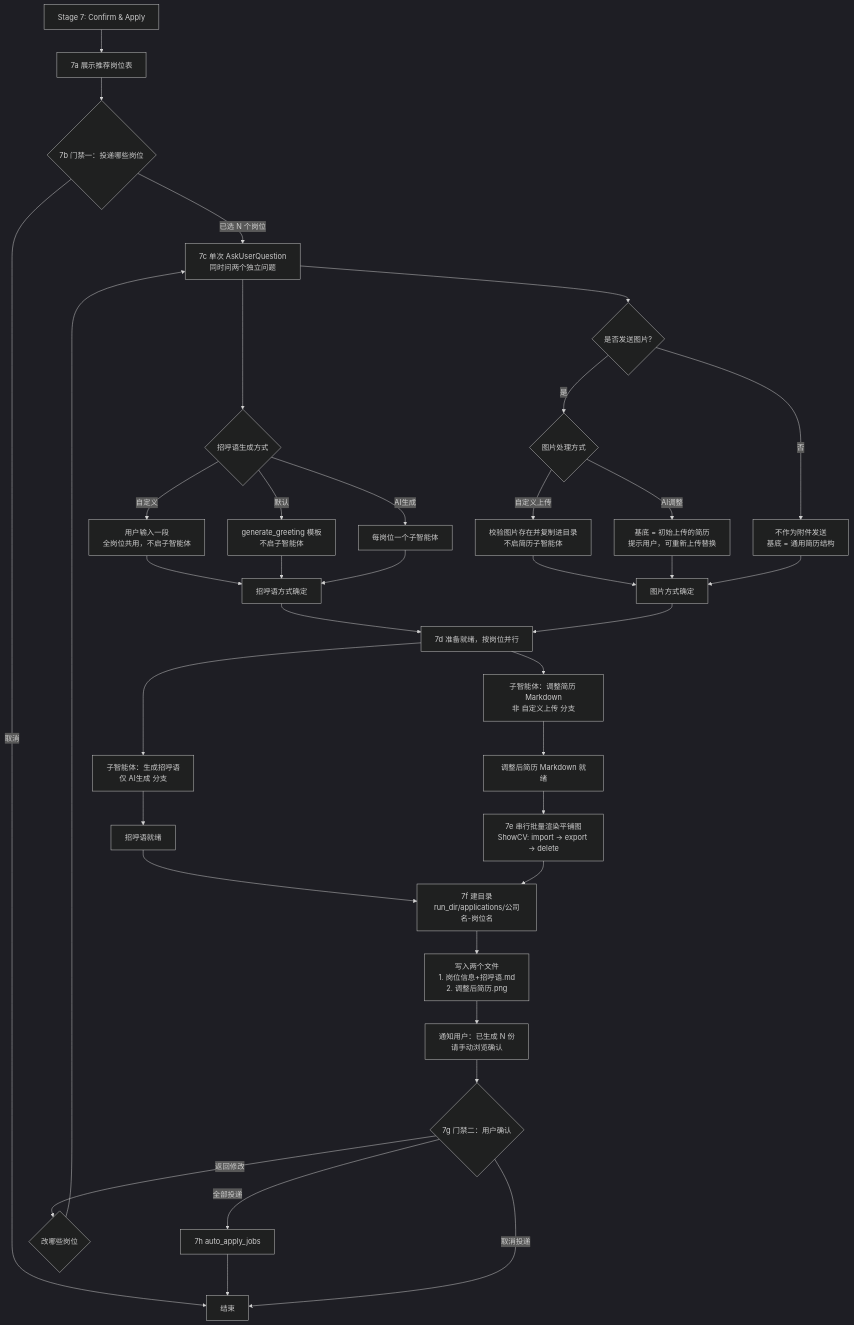
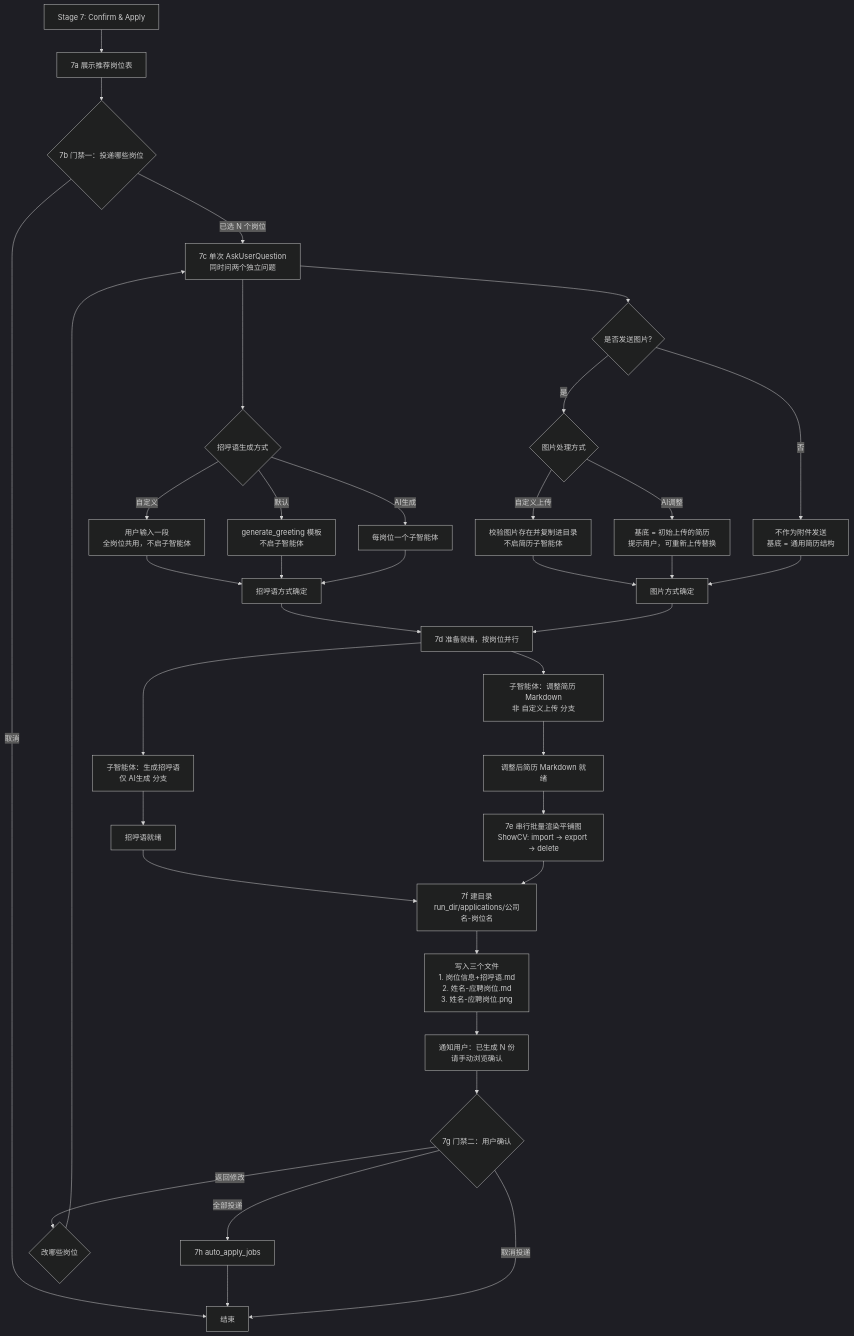
One commit to zhansan379/boss-crawler-skill changed the diagram in references/auto-apply.md. Above: the diagram before and after it, drawn with Mermaid (dark theme). The commit also changed other lines of this file and 1 other file, not shown here.

First line of the commit message:
feat: 简历 md 与图片统一命名为 姓名-应聘岗位

````diff
--- a/references/auto-apply.md
+++ b/references/auto-apply.md
@@ -9,42 +9,42 @@
 ```mermaid
 flowchart TD
     Start[Stage 7: Confirm & Apply] --> J1[7a 展示推荐岗位表]
     J1 --> J2{7b 门禁一：投递哪些岗位}
     J2 --> |取消| End[结束]
     J2 --> |已选 N 个岗位| Q[7c 单次 AskUserQuestion<br>同时问两个独立问题]
 
     Q --> Q1{招呼语生成方式}
     Q1 --> |自定义| Opt1[用户输入一段<br>全岗位共用，不启子智能体]
     Q1 --> |默认| Opt2[generate_greeting 模板<br>不启子智能体]
     Q1 --> |AI生成| Opt3[每岗位一个子智能体]
 
     Q --> Q2{是否发送图片?}
     Q2 --> |是| Q3{图片处理方式}
     Q3 --> |自定义上传| Upload[校验图片存在并复制进目录<br>不启简历子智能体]
     Q3 --> |AI调整| AIAdjust[基底 = 初始上传的简历<br>提示用户，可重新上传替换]
     Q2 --> |否| NoPic[不作为附件发送<br>基底 = 通用简历结构]
 
     Opt1 & Opt2 & Opt3 --> GreetingReady[招呼语方式确定]
     Upload & AIAdjust & NoPic --> PicReady[图片方式确定]
 
     GreetingReady --> Fan[7d 准备就绪，按岗位并行]
     PicReady --> Fan
 
     Fan --> GreetingAgent[子智能体：生成招呼语<br>仅 AI生成 分支]
     Fan --> ResumeAgent[子智能体：调整简历 Markdown<br>非 自定义上传 分支]
 
     GreetingAgent --> GreetingDone[招呼语就绪]
     ResumeAgent --> ResumeDone[调整后简历 Markdown 就绪]
 
     ResumeDone --> Render[7e 串行批量渲染平铺图<br>ShowCV: import → export → delete]
     GreetingDone & Render --> CreateDir[7f 建目录<br>run_dir/applications/公司名-岗位名]
-    CreateDir --> SaveFiles[写入两个文件<br>1. 岗位信息+招呼语.md<br>2. 调整后简历.png]
+    CreateDir --> SaveFiles[写入三个文件<br>1. 岗位信息+招呼语.md<br>2. 姓名-应聘岗位.md<br>3. 姓名-应聘岗位.png]
     SaveFiles --> Notify[通知用户：已生成 N 份<br>请手动浏览确认]
     Notify --> Confirm{7g 门禁二：用户确认}
 
     Confirm --> |全部投递| AutoApply[7h auto_apply_jobs]
     AutoApply --> End
     Confirm --> |返回修改| Which{改哪些岗位}
     Which --> Q
     Confirm --> |取消投递| End
 ```
````
